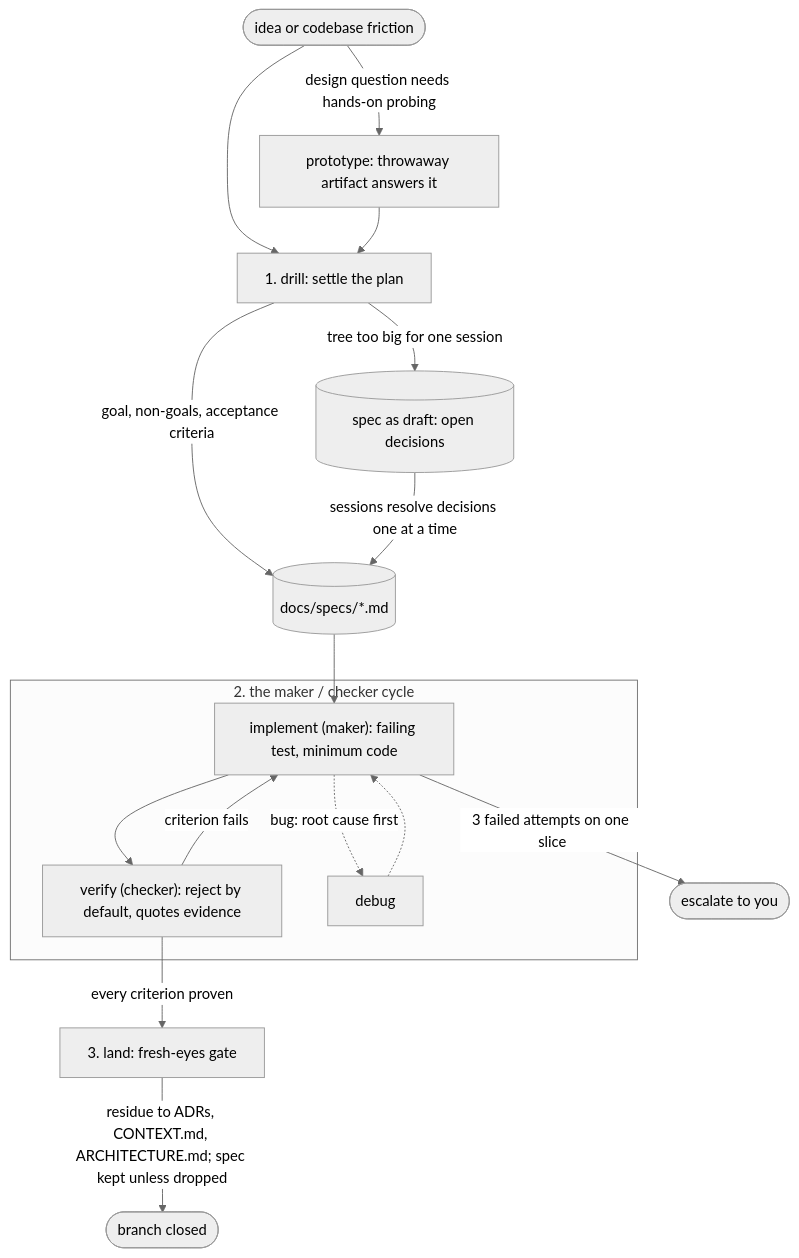
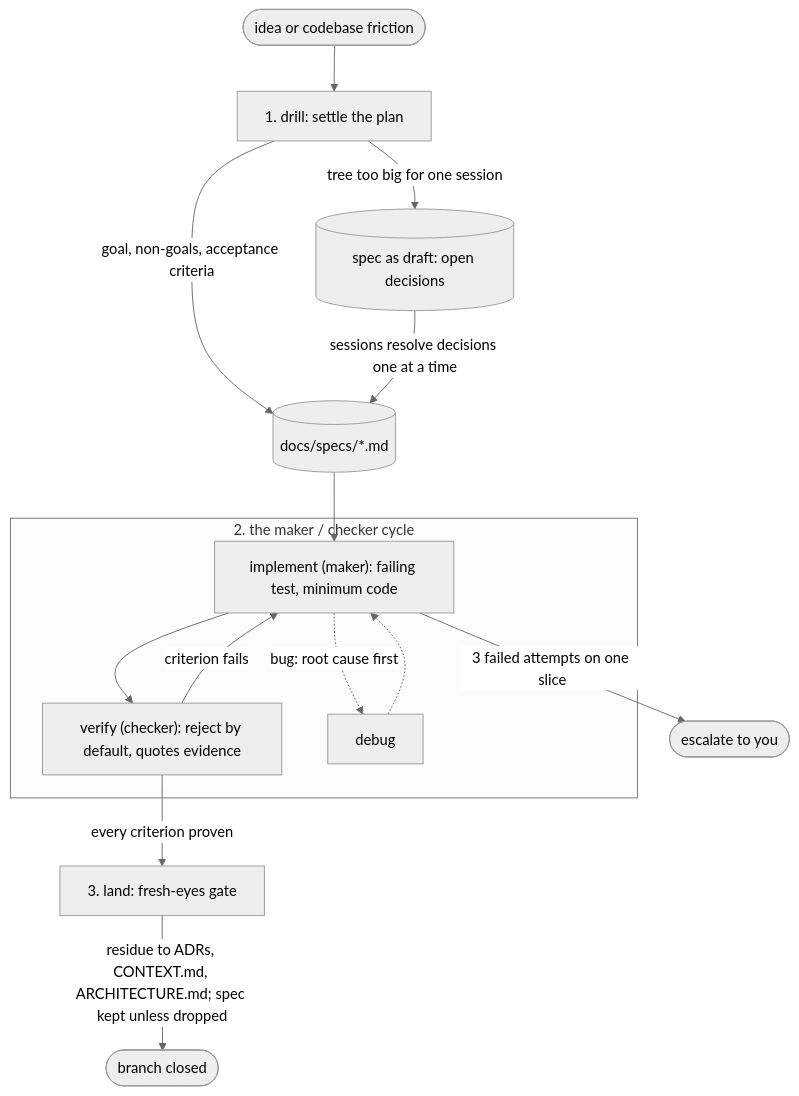
Before and after one commit to gitshrl/skills: the diagram in README.md, drawn with Mermaid (neutral theme). The commit also changed other lines of this file and 6 other files, not shown here.

````diff
--- a/README.md
+++ b/README.md
@@ -52,20 +52,19 @@
 ```mermaid
 flowchart TD
     idea([idea or codebase friction]) --> drill["1. drill: settle the plan"]
-    idea -- "design question needs hands-on probing" --> proto["prototype: throwaway artifact answers it"] --> drill
     drill -- "goal, non-goals, acceptance criteria" --> spec[("docs/specs/*.md")]
     drill -- "tree too big for one session" --> draft[("spec as draft: open decisions")]
     draft -- "sessions resolve decisions one at a time" --> spec
     spec --> impl
 
     subgraph cycle["2. the maker / checker cycle"]
         impl["implement (maker): failing test, minimum code"] --> verify["verify (checker): reject by default, quotes evidence"]
         verify -- "criterion fails" --> impl
         impl -. "bug: root cause first" .-> debug
         debug -.-> impl
     end
 
     verify -- "every criterion proven" --> land["3. land: fresh-eyes gate"]
     impl -- "3 failed attempts on one slice" --> you(["escalate to you"])
     land -- "residue to ADRs, CONTEXT.md, ARCHITECTURE.md; spec kept unless dropped" --> done([branch closed])
 ```
````
